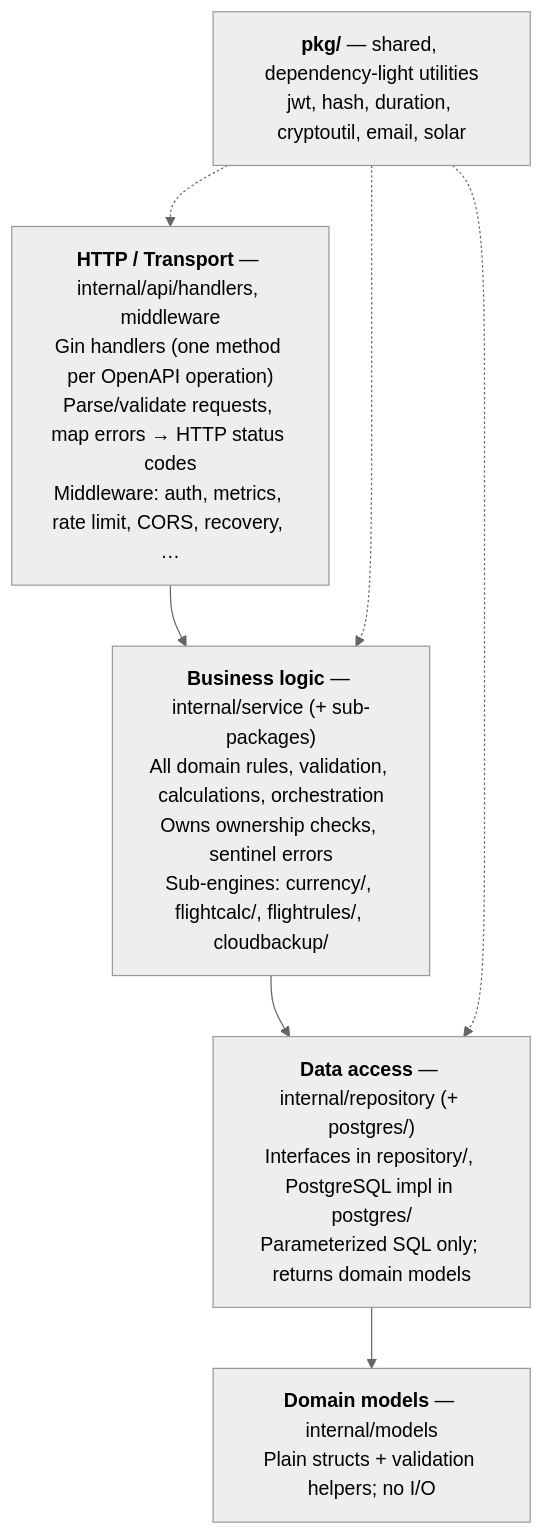
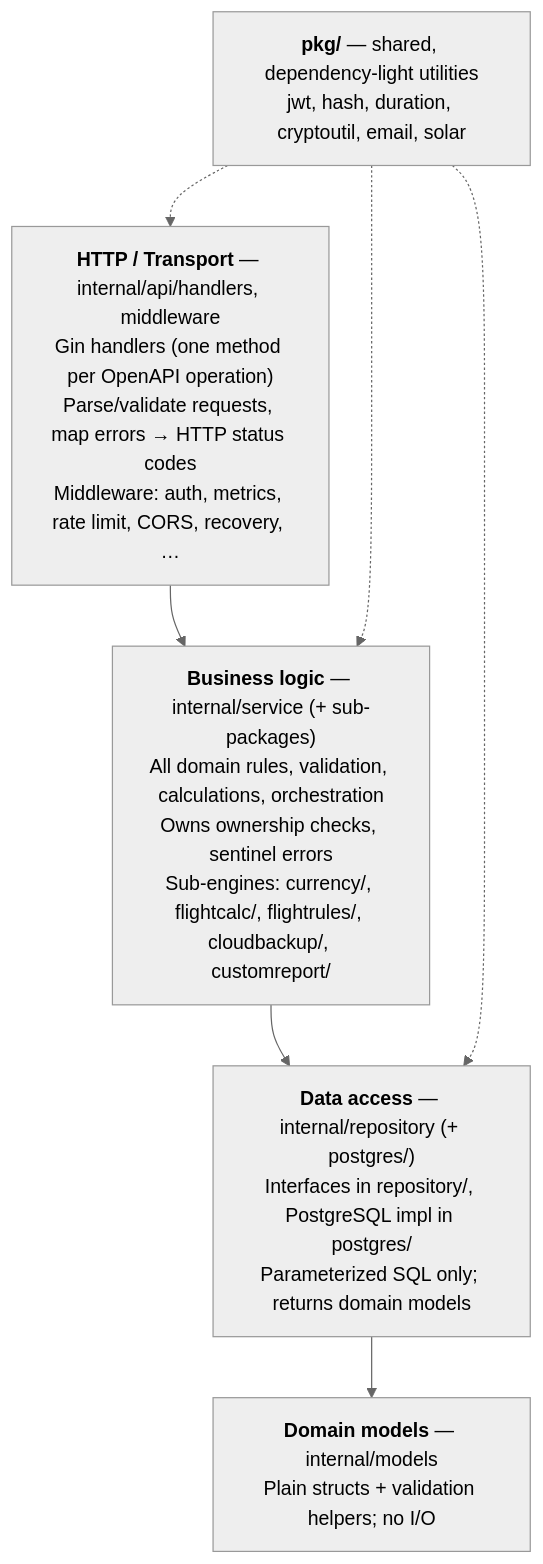
One commit to fjaeckel/ninerlog-api changed the first of 3 diagrams in docs/ARCHITECTURE.md. Above: the diagram before and after it, drawn with Mermaid (neutral theme). The commit also changed other lines of this file and 36 other files, not shown here.

````diff
--- a/docs/ARCHITECTURE.md
+++ b/docs/ARCHITECTURE.md
@@ -13,13 +13,13 @@
 ```mermaid
 flowchart TD
     H["<b>HTTP / Transport</b> — internal/api/handlers, middleware<br/>Gin handlers (one method per OpenAPI operation)<br/>Parse/validate requests, map errors → HTTP status codes<br/>Middleware: auth, metrics, rate limit, CORS, recovery, …"]
-    S["<b>Business logic</b> — internal/service (+ sub-packages)<br/>All domain rules, validation, calculations, orchestration<br/>Owns ownership checks, sentinel errors<br/>Sub-engines: currency/, flightcalc/, flightrules/, cloudbackup/"]
+    S["<b>Business logic</b> — internal/service (+ sub-packages)<br/>All domain rules, validation, calculations, orchestration<br/>Owns ownership checks, sentinel errors<br/>Sub-engines: currency/, flightcalc/, flightrules/, cloudbackup/, customreport/"]
     R["<b>Data access</b> — internal/repository (+ postgres/)<br/>Interfaces in repository/, PostgreSQL impl in postgres/<br/>Parameterized SQL only; returns domain models"]
     M["<b>Domain models</b> — internal/models<br/>Plain structs + validation helpers; no I/O"]
     P["<b>pkg/</b> — shared, dependency-light utilities<br/>jwt, hash, duration, cryptoutil, email, solar"]
 
     H --> S --> R --> M
     P -.-> H
     P -.-> S
     P -.-> R
 ```
````
